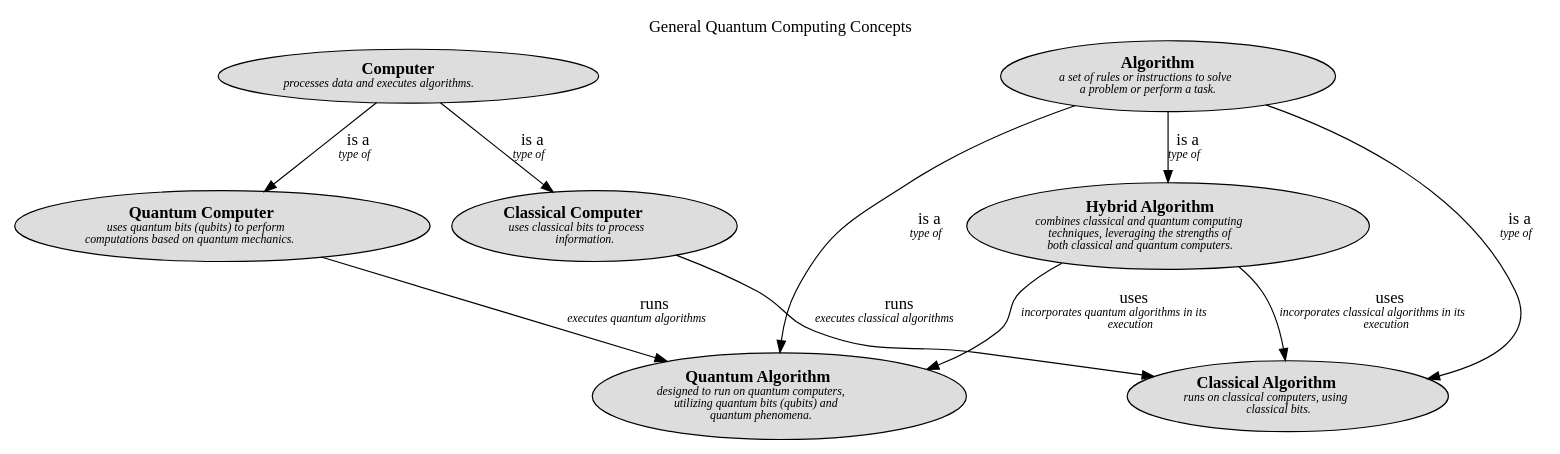
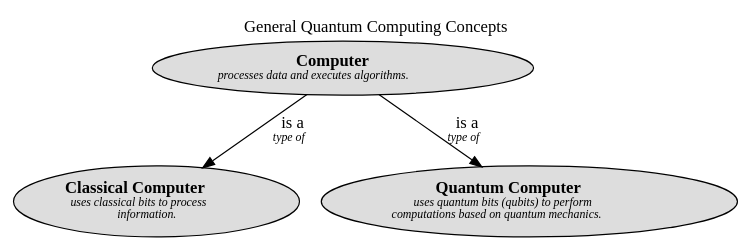
The diagram in docs/software-development/quantum-computing/concept-view.dot (lsolbach/overarch-models), drawn with Graphviz before and after one commit. The commit also changed 90 other files, not shown here.

Commit message:
updated quantum computing model

```diff
--- a/docs/software-development/quantum-computing/concept-view.dot
+++ b/docs/software-development/quantum-computing/concept-view.dot
@@ -1,26 +1,15 @@
 digraph "General Quantum Computing Concepts" {
   labelloc= "t"
   label="General Quantum Computing Concepts"
 
   layout=dot
 software_development_quantum_computing__classical_computer [shape=ellipse style=filled fillcolor="#dddddd" label=<<B>Classical Computer</B><BR/><FONT POINT-SIZE="10"><I>uses classical bits to process<BR/>information. </I></FONT>>]
 software_development_quantum_computing__quantum_computer [shape=ellipse style=filled fillcolor="#dddddd" label=<<B>Quantum Computer</B><BR/><FONT POINT-SIZE="10"><I>uses quantum bits (qubits) to perform<BR/>computations based on quantum mechanics. </I></FONT>>]
-software_development_quantum_computing__quantum_algorithm [shape=ellipse style=filled fillcolor="#dddddd" label=<<B>Quantum Algorithm</B><BR/><FONT POINT-SIZE="10"><I>designed to run on quantum computers,<BR/>utilizing quantum bits (qubits) and<BR/>quantum phenomena. </I></FONT>>]
-software_development_quantum_computing__algorithm [shape=ellipse style=filled fillcolor="#dddddd" label=<<B>Algorithm</B><BR/><FONT POINT-SIZE="10"><I>a set of rules or instructions to solve<BR/>a problem or perform a task. </I></FONT>>]
-software_development_quantum_computing__classical_algorithm [shape=ellipse style=filled fillcolor="#dddddd" label=<<B>Classical Algorithm</B><BR/><FONT POINT-SIZE="10"><I>runs on classical computers, using<BR/>classical bits. </I></FONT>>]
 software_development_quantum_computing__computer [shape=ellipse style=filled fillcolor="#dddddd" label=<<B>Computer</B><BR/><FONT POINT-SIZE="10"><I>processes data and executes algorithms. </I></FONT>>]
-software_development_quantum_computing__hybrid_algorithm [shape=ellipse style=filled fillcolor="#dddddd" label=<<B>Hybrid Algorithm</B><BR/><FONT POINT-SIZE="10"><I>combines classical and quantum computing<BR/>techniques, leveraging the strengths of<BR/>both classical and quantum computers. </I></FONT>>]
  
-software_development_quantum_computing__quantum_computer -> software_development_quantum_computing__quantum_algorithm [label=<runs<BR/><FONT POINT-SIZE="10"><I>executes quantum algorithms </I></FONT>>]
-software_development_quantum_computing__classical_computer -> software_development_quantum_computing__classical_algorithm [label=<runs<BR/><FONT POINT-SIZE="10"><I>executes classical algorithms </I></FONT>>]
-software_development_quantum_computing__hybrid_algorithm -> software_development_quantum_computing__classical_algorithm [label=<uses<BR/><FONT POINT-SIZE="10"><I>incorporates classical algorithms in its<BR/>execution </I></FONT>>]
-software_development_quantum_computing__algorithm -> software_development_quantum_computing__classical_algorithm [label=<is a<BR/><FONT POINT-SIZE="10"><I>type of </I></FONT>>]
 software_development_quantum_computing__computer -> software_development_quantum_computing__classical_computer [label=<is a<BR/><FONT POINT-SIZE="10"><I>type of </I></FONT>>]
-software_development_quantum_computing__algorithm -> software_development_quantum_computing__hybrid_algorithm [label=<is a<BR/><FONT POINT-SIZE="10"><I>type of </I></FONT>>]
-software_development_quantum_computing__hybrid_algorithm -> software_development_quantum_computing__quantum_algorithm [label=<uses<BR/><FONT POINT-SIZE="10"><I>incorporates quantum algorithms in its<BR/>execution </I></FONT>>]
 software_development_quantum_computing__computer -> software_development_quantum_computing__quantum_computer [label=<is a<BR/><FONT POINT-SIZE="10"><I>type of </I></FONT>>]
-software_development_quantum_computing__algorithm -> software_development_quantum_computing__quantum_algorithm [label=<is a<BR/><FONT POINT-SIZE="10"><I>type of </I></FONT>>]
  
 }
 
 // (generated by Overarch with template views/view.dot.cmb)
```
